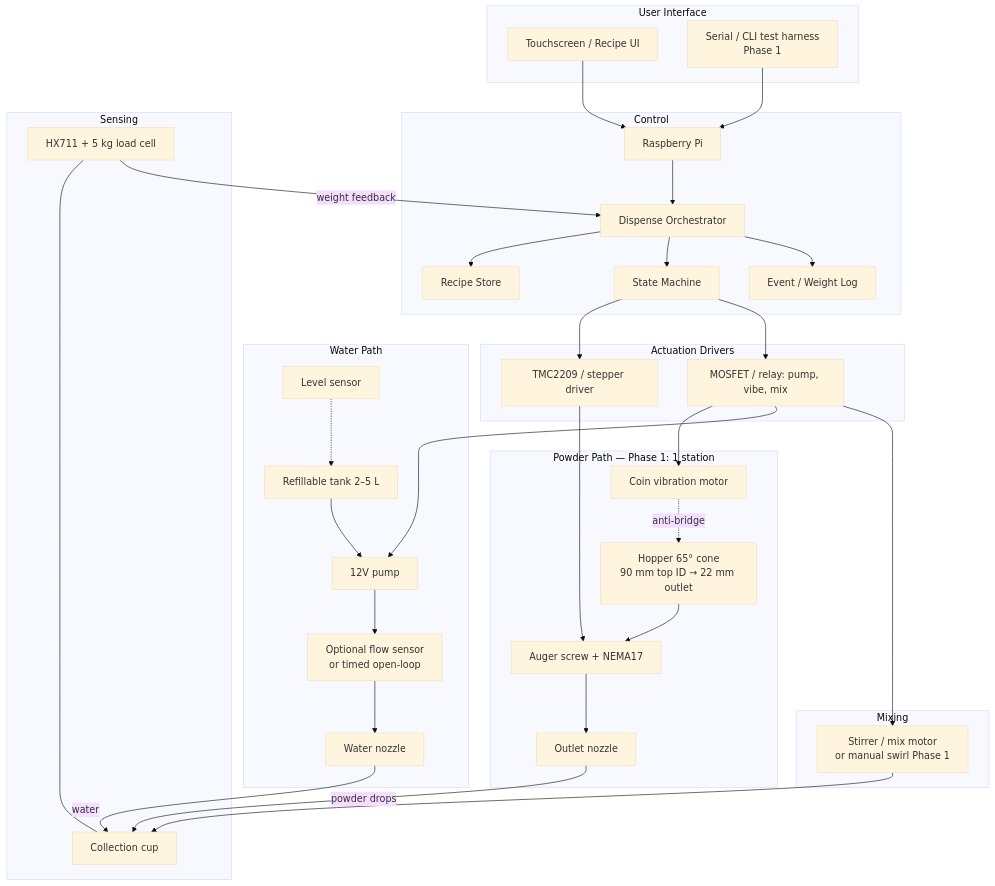
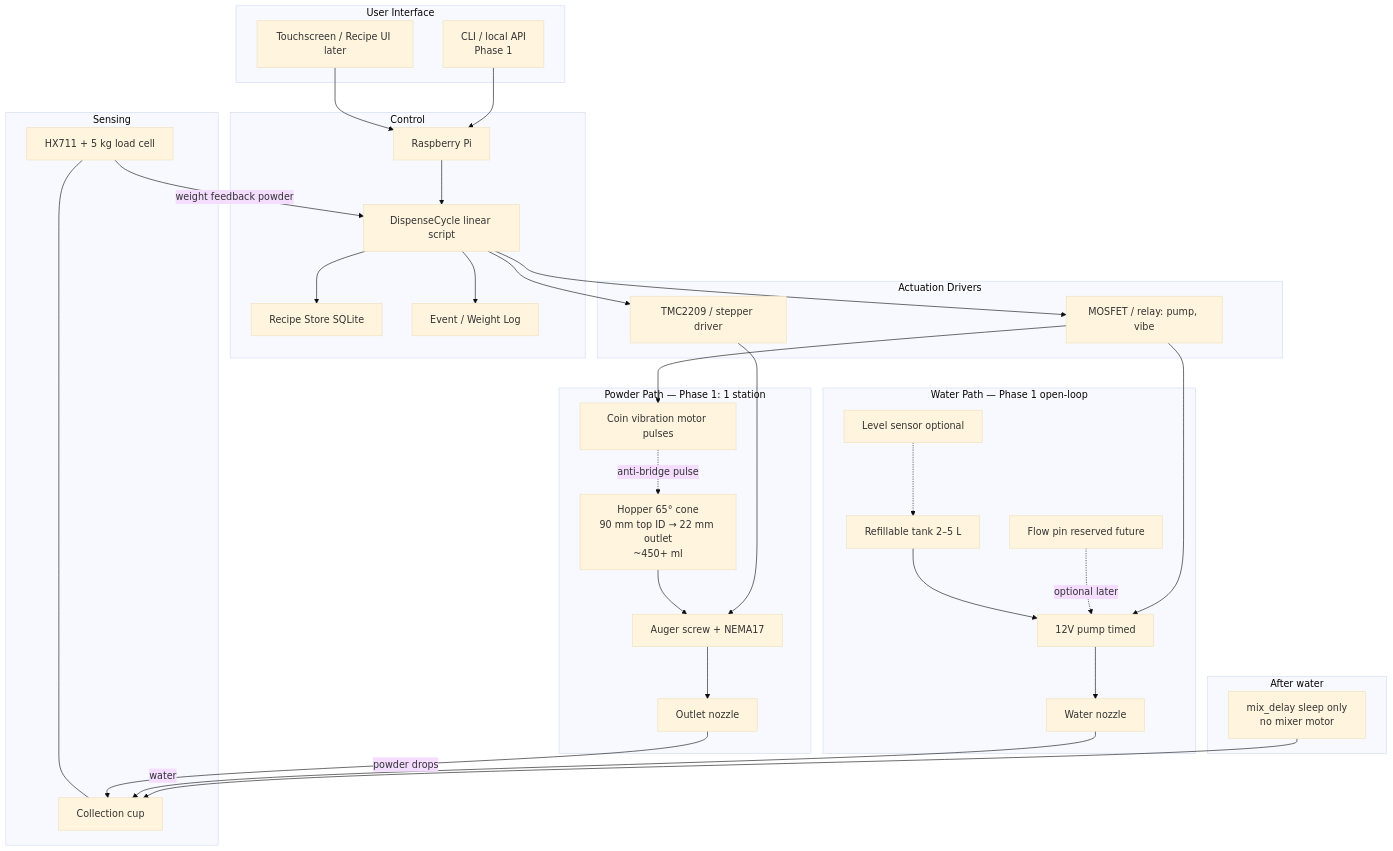
Before and after one commit to mlwhite0907/DIY-Supplement-Dispenser: the first of 2 diagrams in docs/SYSTEM_ARCHITECTURE.md, drawn with Mermaid (base theme). The commit also changed other lines of this file and 54 other files, not shown here.

````diff
--- a/docs/SYSTEM_ARCHITECTURE.md
+++ b/docs/SYSTEM_ARCHITECTURE.md
@@ -31,63 +31,62 @@
 ```mermaid
 flowchart TB
   subgraph UI["User Interface"]
-    TS[Touchscreen / Recipe UI]
-    SER[Serial / CLI test harness<br/>Phase 1]
+    TS[Touchscreen / Recipe UI later]
+    SER[CLI / local API<br/>Phase 1]
   end
 
   subgraph CTRL["Control"]
     PI[Raspberry Pi]
-    PI --> APP[Dispense Orchestrator]
-    APP --> RECIPE[Recipe Store]
-    APP --> STATE[State Machine]
+    PI --> APP[DispenseCycle linear script]
+    APP --> RECIPE[Recipe Store SQLite]
     APP --> LOG[Event / Weight Log]
   end
 
   subgraph POWDER["Powder Path — Phase 1: 1 station"]
-    HOP[Hopper 65° cone<br/>90 mm top ID → 22 mm outlet]
-    VIBE[Coin vibration motor]
+    HOP[Hopper 65° cone<br/>90 mm top ID → 22 mm outlet<br/>~450+ ml]
+    VIBE[Coin vibration motor pulses]
     AUG[Auger screw + NEMA17]
     OUT[Outlet nozzle]
     HOP --> AUG
-    VIBE -.->|anti-bridge| HOP
+    VIBE -.->|anti-bridge pulse| HOP
     AUG --> OUT
   end
 
-  subgraph WATER["Water Path"]
+  subgraph WATER["Water Path — Phase 1 open-loop"]
     TANK[Refillable tank 2–5 L]
-    LVL[Level sensor]
-    PUMP[12V pump]
-    FLOW[Optional flow sensor<br/>or timed open-loop]
+    LVL[Level sensor optional]
+    PUMP[12V pump timed]
+    FLOW[Flow pin reserved future]
     NOZ[Water nozzle]
-    TANK --> PUMP --> FLOW --> NOZ
+    TANK --> PUMP --> NOZ
     LVL -.-> TANK
+    FLOW -.->|optional later| PUMP
   end
 
   subgraph SENSE["Sensing"]
     LC[HX711 + 5 kg load cell]
     CUP[Collection cup]
     LC --- CUP
   end
 
-  subgraph MIX["Mixing"]
-    STIR[Stirrer / mix motor<br/>or manual swirl Phase 1]
+  subgraph MIX["After water"]
+    DELAY[mix_delay sleep only<br/>no mixer motor]
   end
 
   subgraph ACT["Actuation Drivers"]
     TMC[TMC2209 / stepper driver]
-    MOSFET[MOSFET / relay: pump, vibe, mix]
+    MOSFET[MOSFET / relay: pump, vibe]
   end
 
   TS --> PI
   SER --> PI
-  STATE --> TMC
-  STATE --> MOSFET
+  APP --> TMC
+  APP --> MOSFET
   TMC --> AUG
   MOSFET --> VIBE
   MOSFET --> PUMP
-  MOSFET --> STIR
   OUT -->|powder drops| CUP
   NOZ -->|water| CUP
-  STIR --> CUP
-  LC -->|weight feedback| APP
+  DELAY --> CUP
+  LC -->|weight feedback powder| APP
 ```
````
